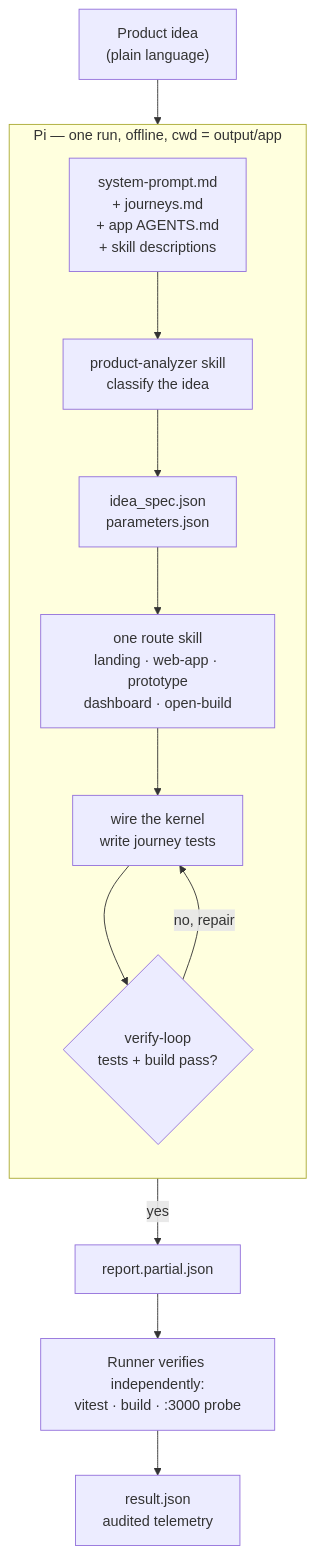
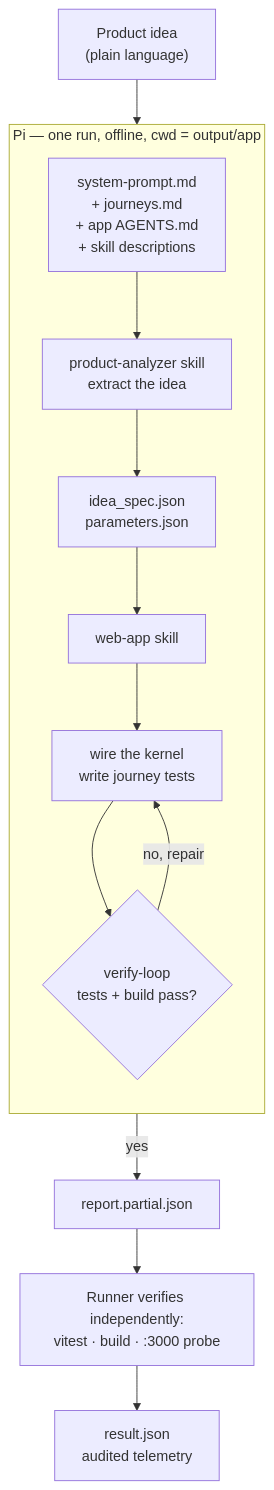
The diagram in README.md (markus-marandi/agentcofounder), drawn with Mermaid before and after one commit. The commit also changed other lines of this file and 19 other files, not shown here.

First line of the commit message:
refactor: narrow the harness to the web-app route only

````diff
--- a/README.md
+++ b/README.md
@@ -18,21 +18,21 @@
 ```mermaid
 flowchart TD
     idea["Product idea<br/>(plain language)"] --> pi
 
     subgraph pi["Pi — one run, offline, cwd = output/app"]
         direction TB
         prompt["system-prompt.md<br/>+ journeys.md<br/>+ app AGENTS.md<br/>+ skill descriptions"]
-        analyzer["product-analyzer skill<br/>classify the idea"]
+        analyzer["product-analyzer skill<br/>extract the idea"]
         spec["idea_spec.json<br/>parameters.json"]
-        route["one route skill<br/>landing · web-app · prototype<br/>dashboard · open-build"]
+        route["web-app skill"]
         build["wire the kernel<br/>write journey tests"]
         loop{"verify-loop<br/>tests + build pass?"}
 
         prompt --> analyzer --> spec --> route --> build --> loop
         loop -- "no, repair" --> build
     end
 
     loop -- yes --> report["report.partial.json"]
     report --> runner["Runner verifies independently:<br/>vitest · build · :3000 probe"]
     runner --> result["result.json<br/>audited telemetry"]
 ```
````
